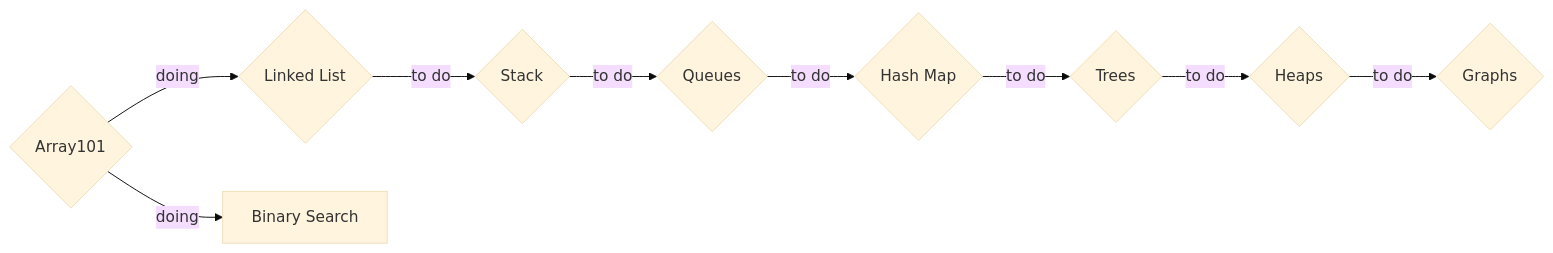
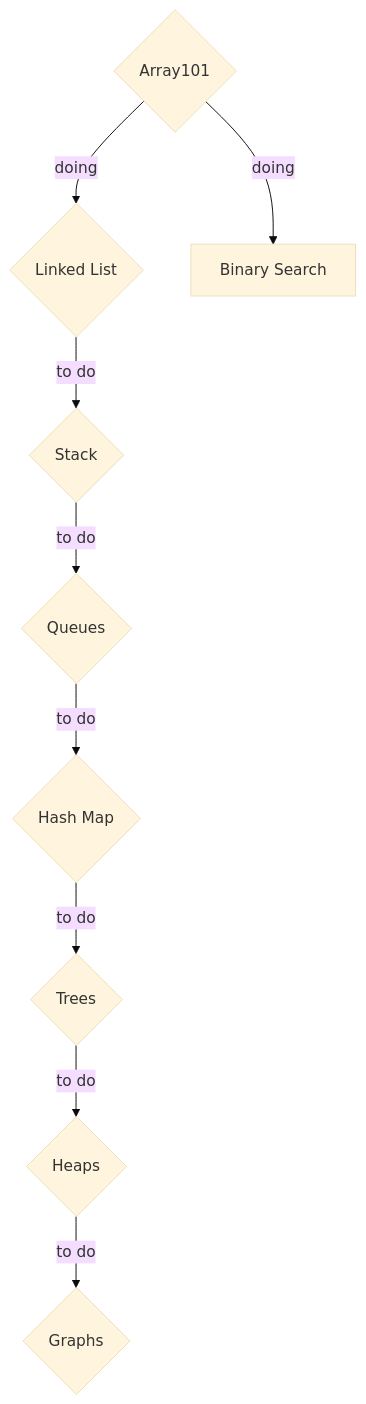
The diagram in README.md (tonyngmk/leetcode), drawn with Mermaid (base theme) before and after one commit.

Commit message:
Update roadmap

````diff
--- a/README.md
+++ b/README.md
@@ -16,11 +16,11 @@
 ```mermaid
-graph LR
+graph TB
     ds_arr{Array101} -- doing--> ds_ll{Linked List}
     ds_arr -- doing--> bs[Binary Search]
     ds_ll -- to do --> ds_stack{Stack}
     ds_stack -- to do --> ds_queue{Queues}
     ds_queue -- to do --> ds_hashmap{Hash Map}
     ds_hashmap -- to do --> ds_trees{Trees}
     ds_trees -- to do --> ds_heap{Heaps}
     ds_heap -- to do --> gr{Graphs}
 ```
````
